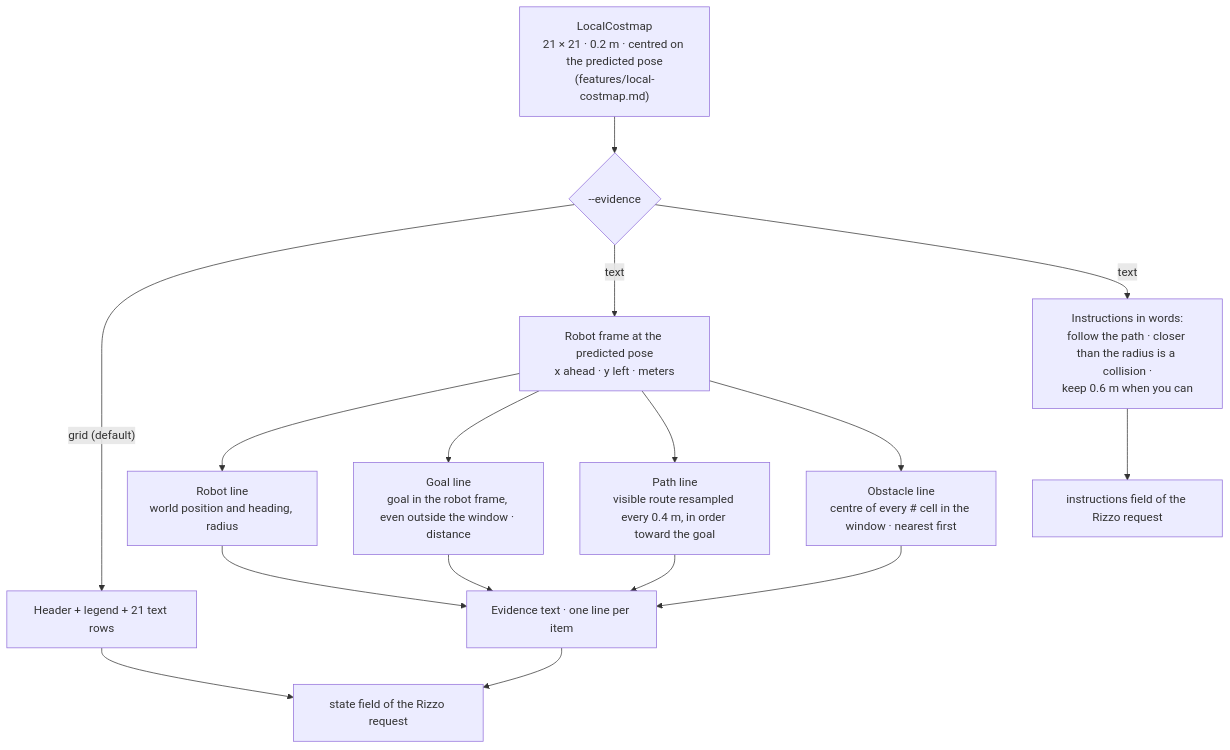
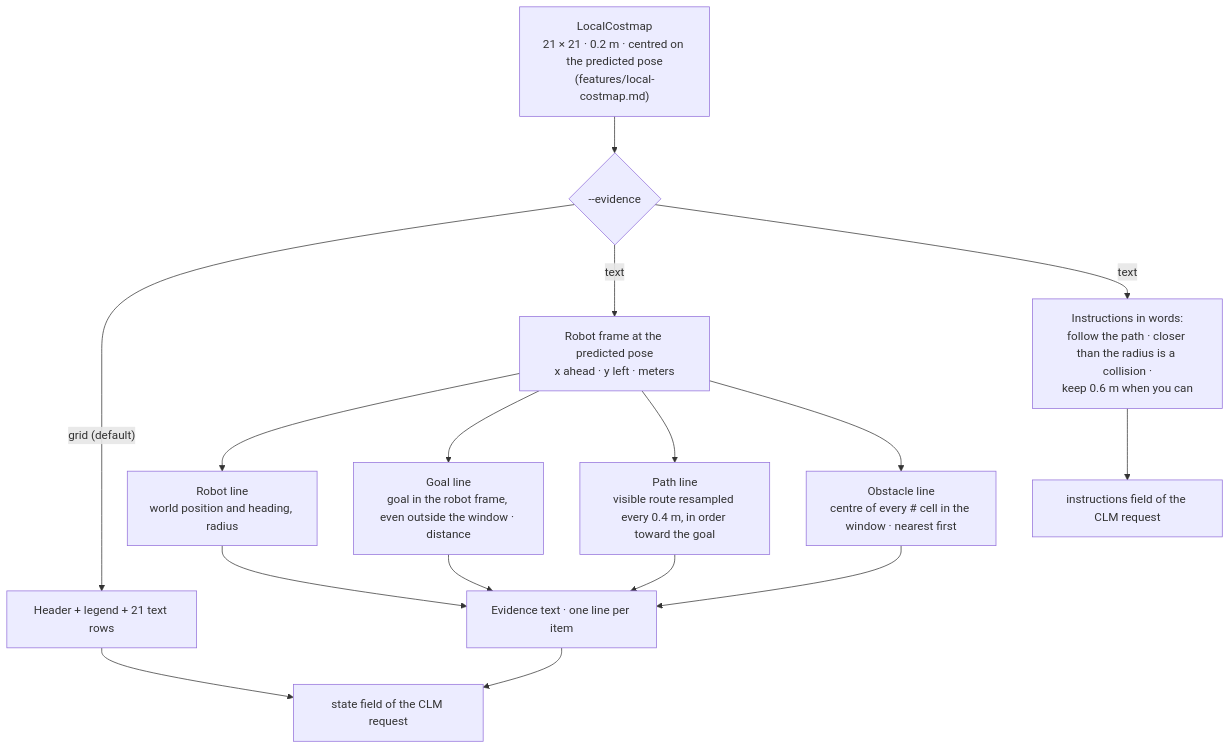
Before and after one commit to RoboticsNetworkTrieste/JevNav: the diagram in .specs/features/text-evidence.md, drawn with Mermaid. The commit also changed other lines of this file and 20 other files, not shown here.

````diff
--- a/.specs/features/text-evidence.md
+++ b/.specs/features/text-evidence.md
@@ -13,18 +13,18 @@
 ```mermaid
 flowchart TD
     CM["LocalCostmap<br/>21 × 21 · 0.2 m · centred on the predicted pose<br/>(features/local-costmap.md)"] --> SEL{"--evidence"}
     SEL -->|"grid (default)"| GRID["Header + legend + 21 text rows"]
     SEL -->|"text"| FR["Robot frame at the predicted pose<br/>x ahead · y left · meters"]
     FR --> RB["Robot line<br/>world position and heading, radius"]
     FR --> GO["Goal line<br/>goal in the robot frame, even outside the window · distance"]
     FR --> PA["Path line<br/>visible route resampled every 0.4 m, in order toward the goal"]
     FR --> OB["Obstacle line<br/>centre of every # cell in the window · nearest first"]
     RB --> TXT["Evidence text · one line per item"]
     GO --> TXT
     PA --> TXT
     OB --> TXT
-    GRID --> ST["state field of the Rizzo request"]
+    GRID --> ST["state field of the CLM request"]
     TXT --> ST
     SEL -->|"text"| IN["Instructions in words:<br/>follow the path · closer than the radius is a collision ·<br/>keep 0.6 m when you can"]
-    IN --> Q["instructions field of the Rizzo request"]
+    IN --> Q["instructions field of the CLM request"]
 ```
````
